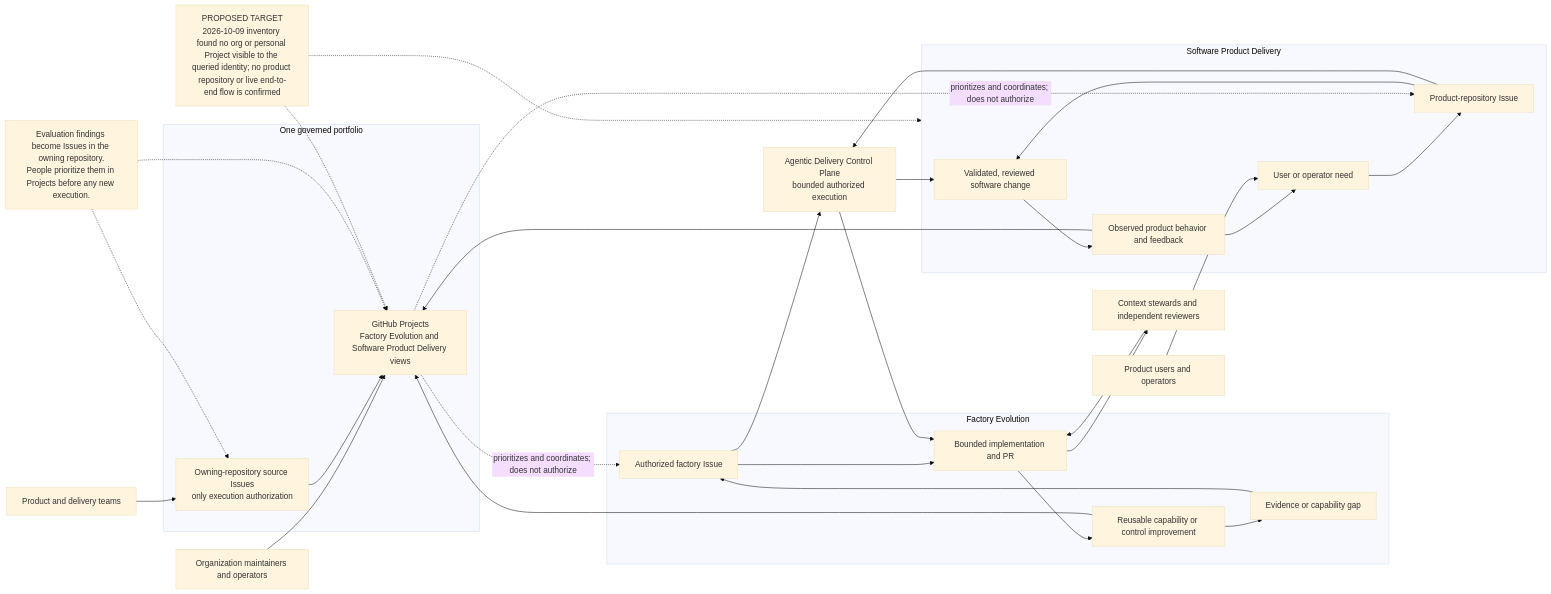
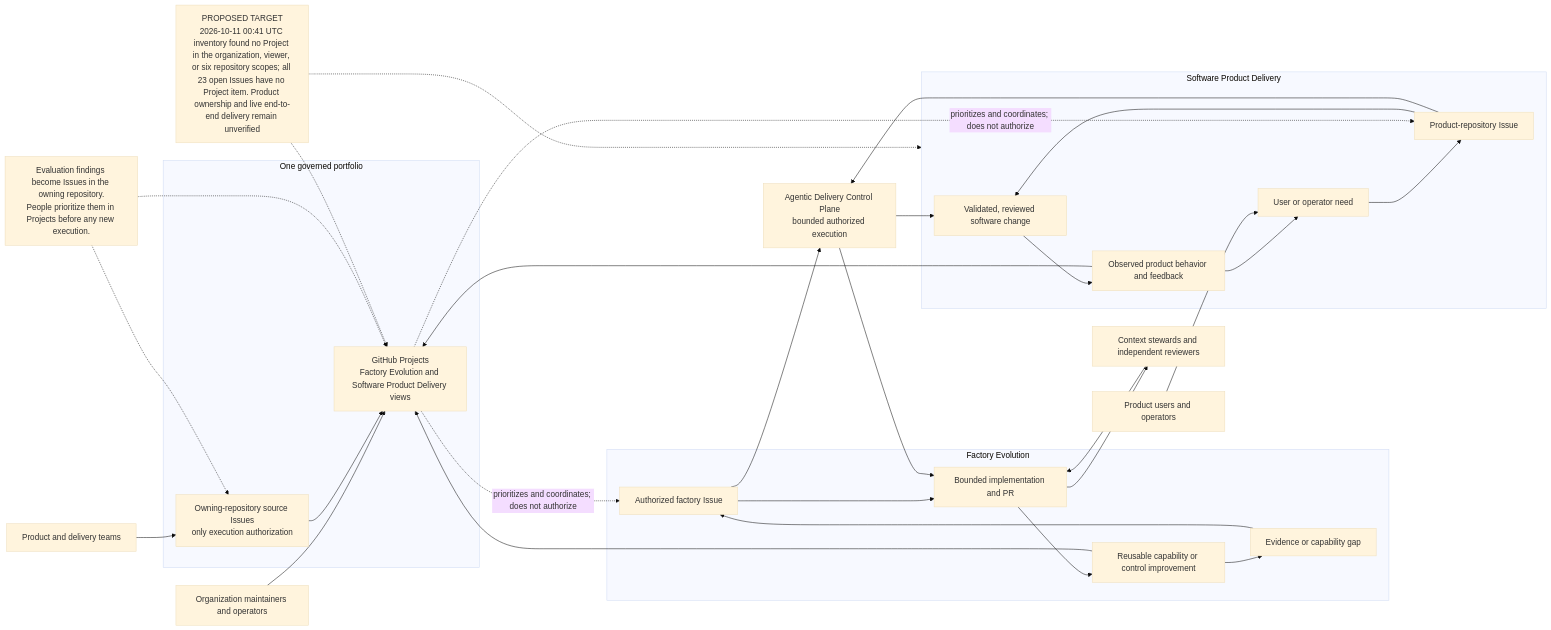
The diagram in architecture/diagrams/mermaid/strategy-value-streams.mmd (agentic-delivery-lab/agentic-delivery-architecture), drawn with Mermaid (base theme) before and after one commit. The commit also changed 8 other files, not shown here.

Commit message:
docs(architecture): refresh strategy evidence and diagrams

```diff
--- a/architecture/diagrams/mermaid/strategy-value-streams.mmd
+++ b/architecture/diagrams/mermaid/strategy-value-streams.mmd
@@ -1,49 +1,49 @@
 flowchart LR
-  STATUS["PROPOSED TARGET<br/>2026-10-09 inventory found no org or personal Project visible to the queried identity; no product repository or live end-to-end flow is confirmed"]
+  STATUS["PROPOSED TARGET<br/>2026-10-11 00:41 UTC inventory found no Project in the organization, viewer, or six repository scopes; all 23 open Issues have no Project item. Product ownership and live end-to-end delivery remain unverified"]
   MAINTAINERS["Organization maintainers and operators"]
   TEAMS["Product and delivery teams"]
   USERS["Product users and operators"]
   REVIEWERS["Context stewards and independent reviewers"]
   CONTROL["Agentic Delivery Control Plane<br/>bounded authorized execution"]
 
   subgraph PORTFOLIO["One governed portfolio"]
     PROJECT["GitHub Projects<br/>Factory Evolution and Software Product Delivery views"]
     ISSUE["Owning-repository source Issues<br/>only execution authorization"]
   end
 
   subgraph FACTORY["Factory Evolution"]
     F1["Evidence or capability gap"]
     F2["Authorized factory Issue"]
     F3["Bounded implementation and PR"]
     F4["Reusable capability or control improvement"]
     F1 --> F2 --> F3 --> F4
   end
 
   subgraph PRODUCT["Software Product Delivery"]
     P1["User or operator need"]
     P2["Product-repository Issue"]
     P3["Validated, reviewed software change"]
     P4["Observed product behavior and feedback"]
     P1 --> P2 --> P3 --> P4
   end
 
   MAINTAINERS --> PROJECT
   TEAMS --> ISSUE
   REVIEWERS --> F3
   ISSUE --> PROJECT
   PROJECT -. "prioritizes and coordinates; does not authorize" .-> F2
   PROJECT -. "prioritizes and coordinates; does not authorize" .-> P2
   F2 --> CONTROL --> F3
   P2 --> CONTROL --> P3
   F4 --> F1
   P4 --> P1
   F4 --> PROJECT
   P4 --> PROJECT
   USERS --> P1
   F3 --> REVIEWERS
 
   NOTE["Evaluation findings become Issues in the owning repository.<br/>People prioritize them in Projects before any new execution."]
   NOTE -.-> PROJECT
   NOTE -.-> ISSUE
   STATUS -.-> PROJECT
   STATUS -.-> PRODUCT
```
